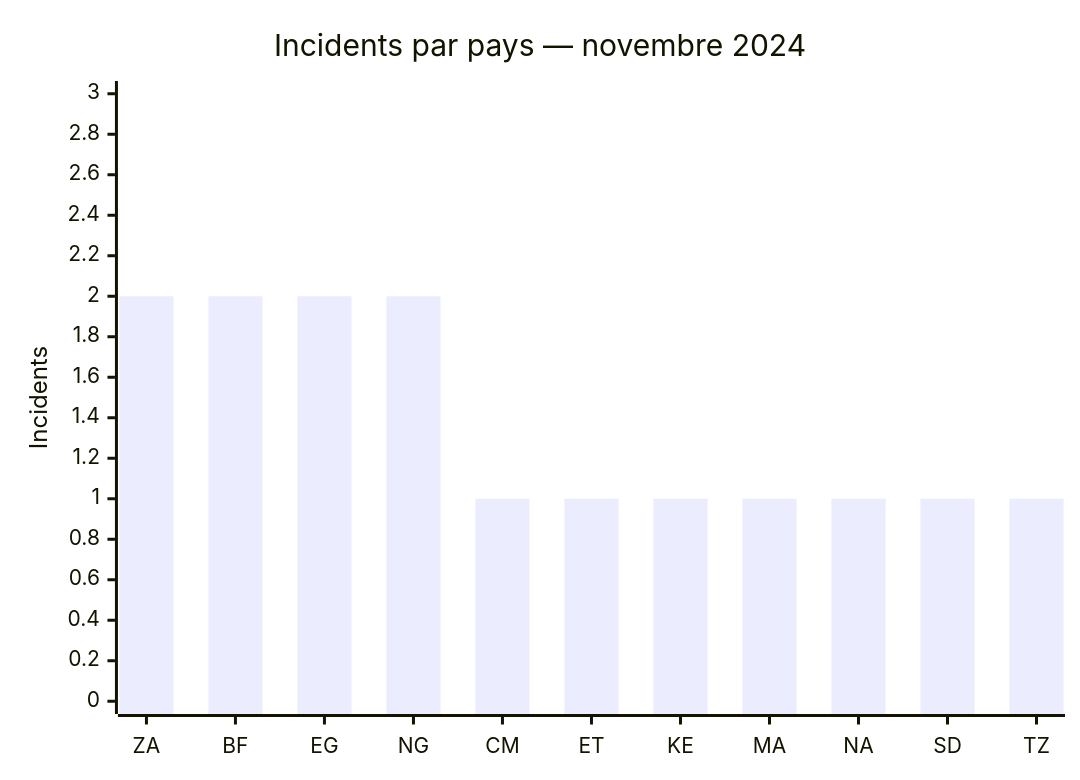
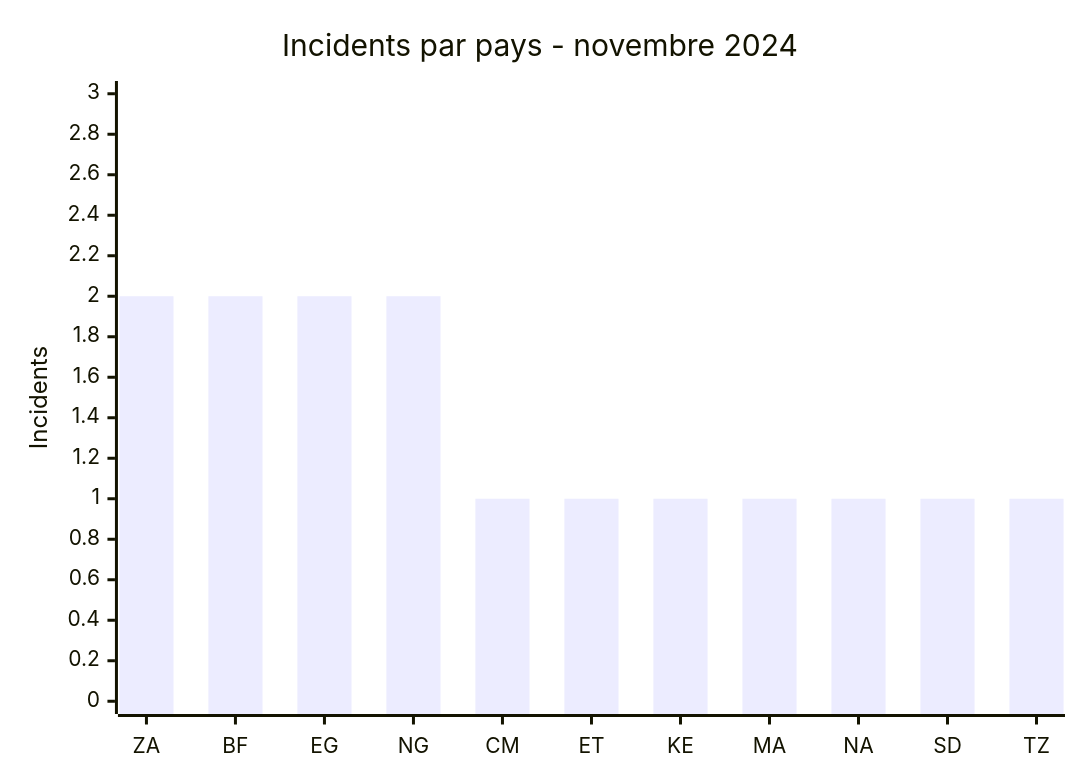
Before and after one commit to Hatchepsoute/AFRINTEL: the first of 2 diagrams in CyberAttackAfrica/2024/11-november/README_FR.md, drawn with Mermaid. The commit also changed other lines of this file and 182 other files, not shown here.

````diff
--- a/CyberAttackAfrica/2024/11-november/README_FR.md
+++ b/CyberAttackAfrica/2024/11-november/README_FR.md
@@ -50,7 +50,7 @@
 ```mermaid
 xychart
-    title "Incidents par pays — novembre 2024"
+    title "Incidents par pays - novembre 2024"
     x-axis ["ZA","BF","EG","NG","CM","ET","KE","MA","NA","SD","TZ"]
     y-axis "Incidents" 0 --> 3
     bar [2,2,2,2,1,1,1,1,1,1,1]
 ```
````
